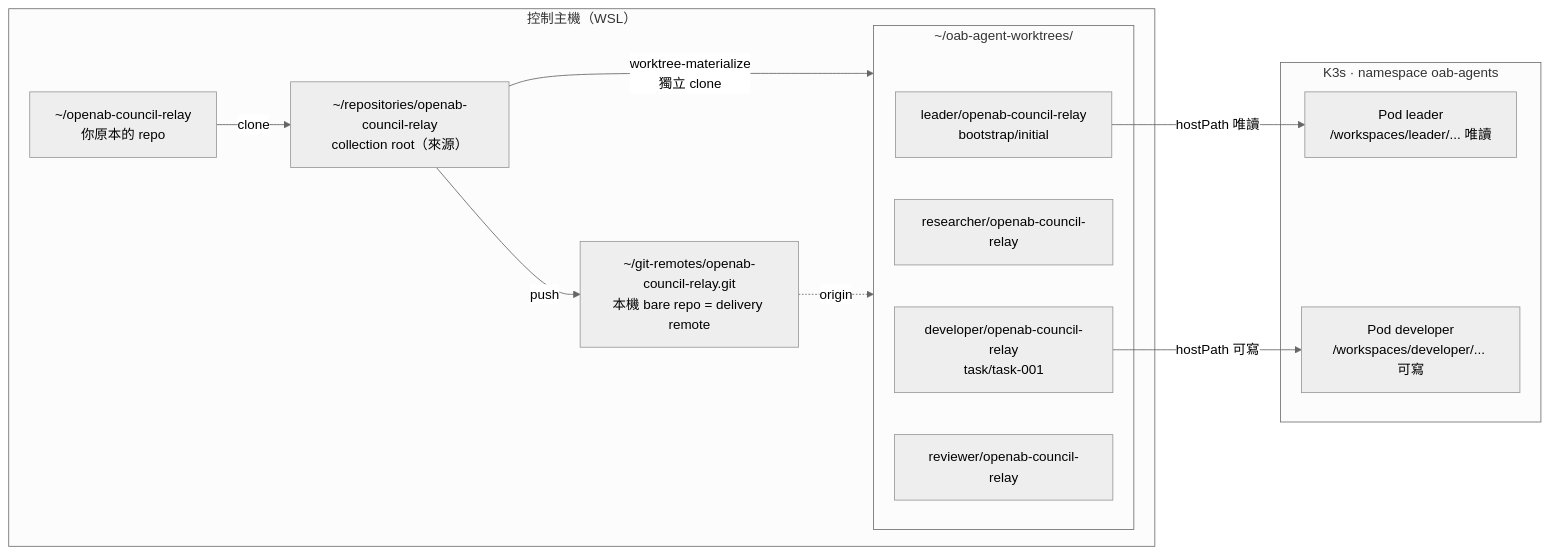
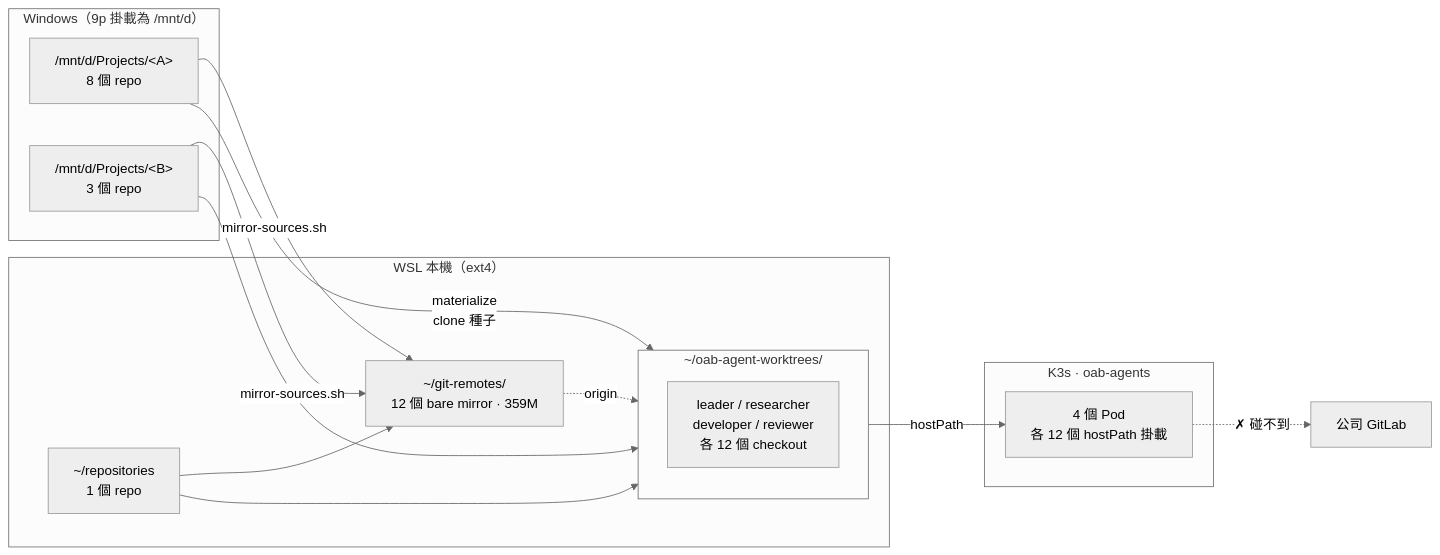
One commit to pro5251/oab-agents-control changed the diagram in docs/本機部署實作.md. Above: the diagram before and after it, drawn with Mermaid. The commit also changed other lines of this file and 4 other files, not shown here.

````diff
--- a/docs/本機部署實作.md
+++ b/docs/本機部署實作.md
@@ -71,27 +89,29 @@
 ```mermaid
 %%{init: {'theme':'neutral'}}%%
 flowchart LR
-  subgraph HOST["控制主機（WSL）"]
-    SRC["~/openab-council-relay<br/>你原本的 repo"]
-    COL["~/repositories/openab-council-relay<br/>collection root（來源）"]
-    REM["~/git-remotes/openab-council-relay.git<br/>本機 bare repo = delivery remote"]
+  subgraph WIN["Windows（9p 掛載為 /mnt/d）"]
+    CSP["/mnt/d/Projects/&lt;A&gt;<br/>8 個 repo"]
+    MSG["/mnt/d/Projects/&lt;B&gt;<br/>3 個 repo"]
+  end
+  subgraph HOST["WSL 本機（ext4）"]
+    COL["~/repositories<br/>1 個 repo"]
+    REM["~/git-remotes/<br/>12 個 bare mirror · 359M"]
     subgraph WT["~/oab-agent-worktrees/"]
-      W1["leader/openab-council-relay<br/>bootstrap/initial"]
-      W2["researcher/openab-council-relay"]
-      W3["developer/openab-council-relay<br/>task/task-001"]
-      W4["reviewer/openab-council-relay"]
+      W["leader / researcher<br/>developer / reviewer<br/>各 12 個 checkout"]
     end
   end
+  subgraph K3S["K3s · oab-agents"]
+    P["4 個 Pod<br/>各 12 個 hostPath 掛載"]
+  end
+  GL["公司 GitLab"]
 
-  subgraph K3S["K3s · namespace oab-agents"]
-    P1["Pod leader<br/>/workspaces/leader/... 唯讀"]
-    P3["Pod developer<br/>/workspaces/developer/... 可寫"]
-  end
-
-  SRC -->|clone| COL
-  COL -->|push| REM
-  COL -->|"worktree-materialize<br/>獨立 clone"| WT
+  CSP -->|"mirror-sources.sh"| REM
+  MSG -->|"mirror-sources.sh"| REM
+  COL --> REM
+  CSP -->|"materialize<br/>clone 種子"| WT
+  MSG --> WT
+  COL --> WT
   REM -.->|origin| WT
-  W1 -->|hostPath 唯讀| P1
-  W3 -->|hostPath 可寫| P3
+  WT -->|hostPath| P
+  P -.->|"✗ 碰不到"| GL
 ```
````
